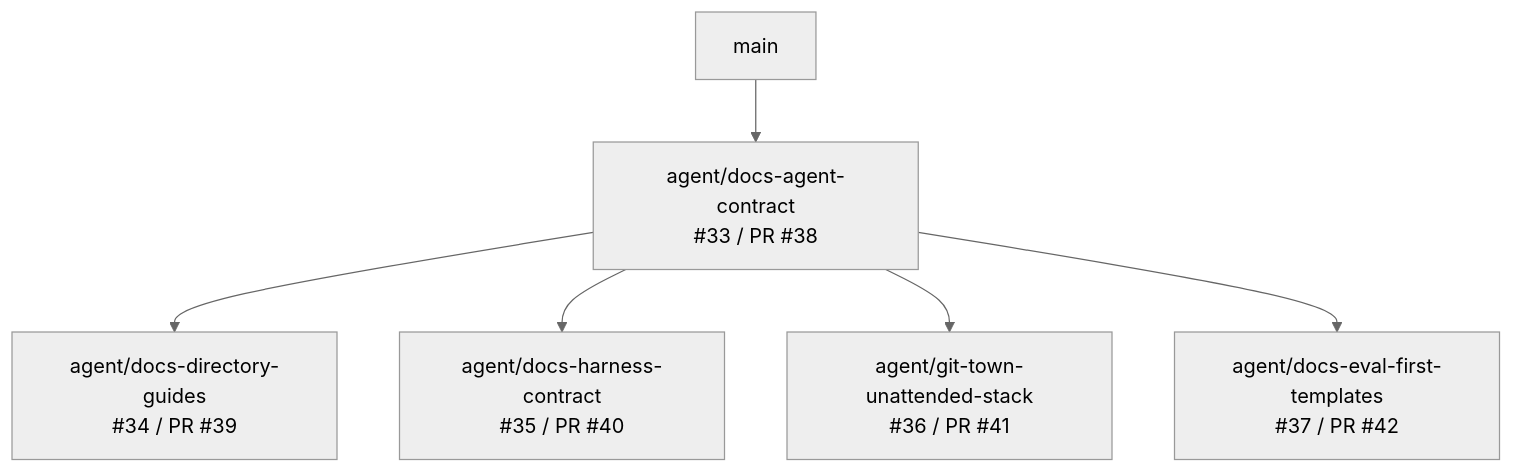
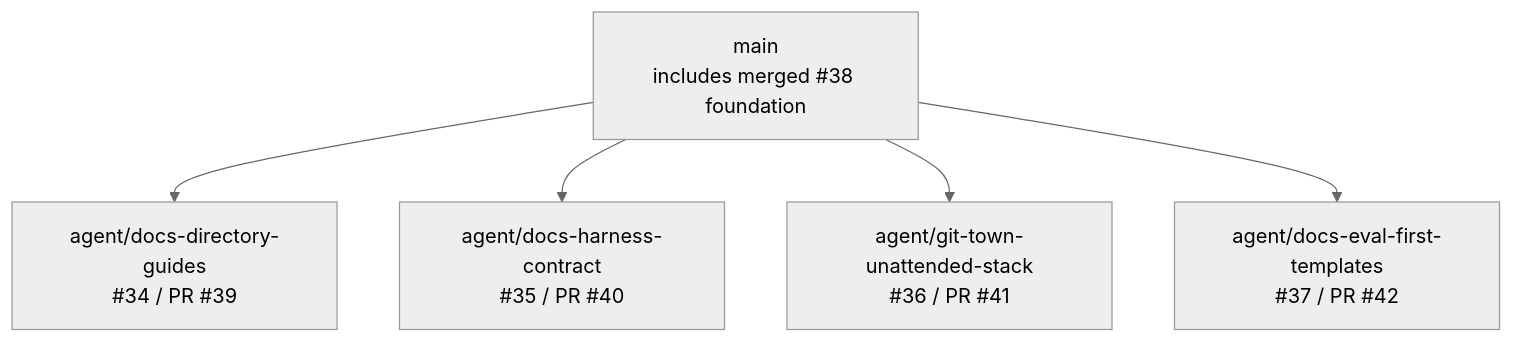
One commit to ed3c/XT-Aegis changed the first of 2 diagrams in docs/STACKED_PRS.md. Above: the diagram before and after it, drawn with Mermaid (neutral theme). The commit also changed other lines of this file, not shown here.

Commit message:
chore: retarget documentation stacks to main

````diff
--- a/docs/STACKED_PRS.md
+++ b/docs/STACKED_PRS.md
@@ -24,8 +24,7 @@
 ```mermaid
 flowchart TD
-    M[main] --> F[agent/docs-agent-contract<br/>#33 / PR #38]
-    F --> D[agent/docs-directory-guides<br/>#34 / PR #39]
-    F --> H[agent/docs-harness-contract<br/>#35 / PR #40]
-    F --> G[agent/git-town-unattended-stack<br/>#36 / PR #41]
-    F --> T[agent/docs-eval-first-templates<br/>#37 / PR #42]
+    M[main<br/>includes merged #38 foundation] --> D[agent/docs-directory-guides<br/>#34 / PR #39]
+    M --> H[agent/docs-harness-contract<br/>#35 / PR #40]
+    M --> G[agent/git-town-unattended-stack<br/>#36 / PR #41]
+    M --> T[agent/docs-eval-first-templates<br/>#37 / PR #42]
 ```
````
